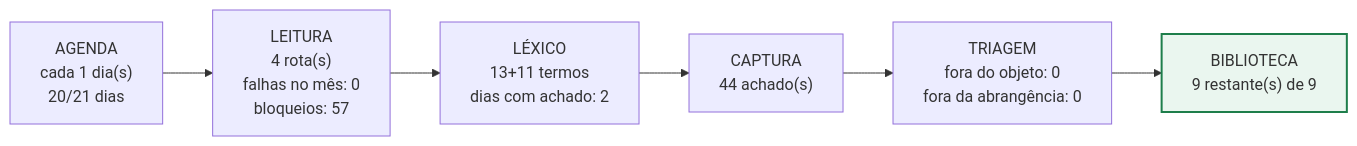
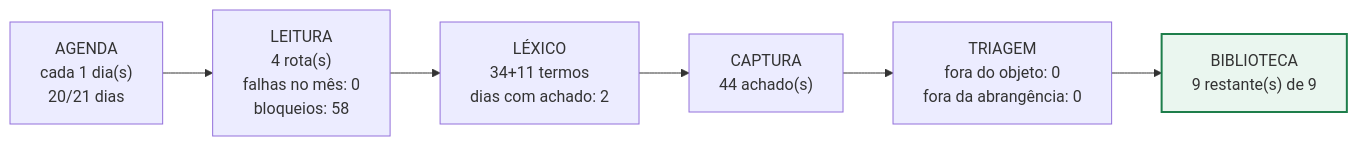
The first of 30 diagrams in biblioteca_alexandria/pareceres/RELATORIO-MOTORES-INDIVIDUAL-2026-09-24.md (amcjardimamerica-arch/Eldorado), drawn with Mermaid before and after one commit. The commit also changed other lines of this file and 10 other files, not shown here.

````diff
--- a/biblioteca_alexandria/pareceres/RELATORIO-MOTORES-INDIVIDUAL-2026-09-24.md
+++ b/biblioteca_alexandria/pareceres/RELATORIO-MOTORES-INDIVIDUAL-2026-09-24.md
@@ -77,11 +77,11 @@
 ```mermaid
 flowchart LR
   A["AGENDA<br/>cada 1 dia(s)<br/>20/21 dias"]
-  L["LEITURA<br/>4 rota(s)<br/>falhas no mês: 0<br/>bloqueios: 57"]
-  X["LÉXICO<br/>13+11 termos<br/>dias com achado: 2"]
+  L["LEITURA<br/>4 rota(s)<br/>falhas no mês: 0<br/>bloqueios: 58"]
+  X["LÉXICO<br/>34+11 termos<br/>dias com achado: 2"]
   C["CAPTURA<br/>44 achado(s)"]
   T["TRIAGEM<br/>fora do objeto: 0<br/>fora da abrangência: 0"]
   B["BIBLIOTECA<br/>9 restante(s) de 9"]
   A --> L --> X --> C --> T --> B
   style B fill:#EAF6EF,stroke:#1E7E4B,stroke-width:2px
 ```
````
